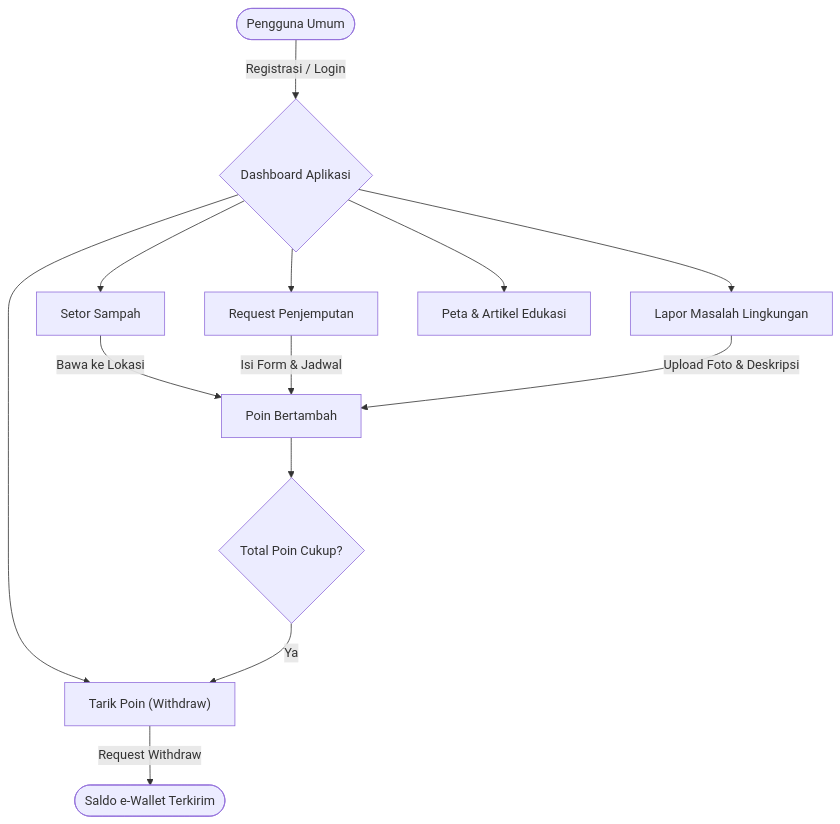
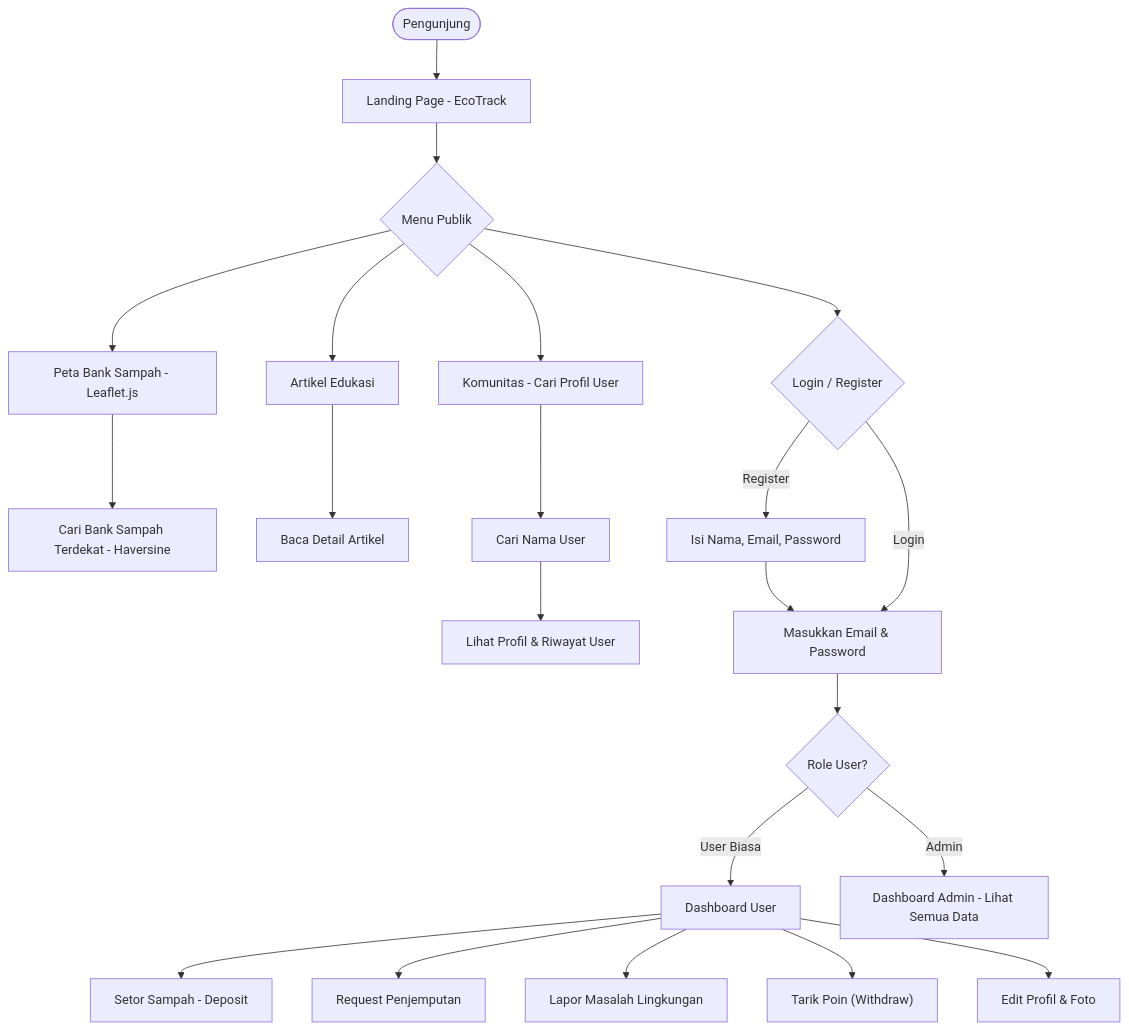
Before and after one commit to cimengabu/webPjbl: the first of 3 diagrams in README.md, drawn with Mermaid. The commit also changed other lines of this file, not shown here.

Commit message:
docs: complete rewrite flowchart with 3 detailed diagrams matching actual app

````diff
--- a/README.md
+++ b/README.md
@@ -44,19 +46,28 @@
 ```mermaid
 flowchart TD
-    A([Pengguna Umum]) -->|Registrasi / Login| B{Dashboard Aplikasi}
-    
-    B --> C[Setor Sampah]
-    B --> D[Request Penjemputan]
-    B --> E[Lapor Masalah Lingkungan]
-    B --> F["Tarik Poin (Withdraw)"]
-    B --> G[Peta & Artikel Edukasi]
-    
-    C -->|Bawa ke Lokasi| K[Poin Bertambah]
-    D -->|Isi Form & Jadwal| K
-    E -->|Upload Foto & Deskripsi| K
-    
-    K --> L{Total Poin Cukup?}
-    
-    L -->|Ya| F
-    F -->|Request Withdraw| N([Saldo e-Wallet Terkirim])
+    START([Pengunjung]) --> LANDING[Landing Page - EcoTrack]
+    LANDING --> PUBLIC_MENU{Menu Publik}
+    PUBLIC_MENU --> PETA[Peta Bank Sampah - Leaflet.js]
+    PUBLIC_MENU --> ARTIKEL_LIST[Artikel Edukasi]
+    PUBLIC_MENU --> KOMUNITAS[Komunitas - Cari Profil User]
+    PUBLIC_MENU --> AUTH{Login / Register}
+
+    PETA --> NEARBY[Cari Bank Sampah Terdekat - Haversine]
+    ARTIKEL_LIST --> ARTIKEL_DETAIL[Baca Detail Artikel]
+    KOMUNITAS --> SEARCH[Cari Nama User]
+    SEARCH --> PROFIL_USER[Lihat Profil & Riwayat User]
+
+    AUTH -->|Register| REG[Isi Nama, Email, Password]
+    REG --> LOGIN
+    AUTH -->|Login| LOGIN[Masukkan Email & Password]
+    LOGIN --> IS_ADMIN{Role User?}
+
+    IS_ADMIN -->|User Biasa| DASHBOARD[Dashboard User]
+    IS_ADMIN -->|Admin| DASHBOARD_ADMIN[Dashboard Admin - Lihat Semua Data]
+
+    DASHBOARD --> D_DEPOSIT[Setor Sampah - Deposit]
+    DASHBOARD --> D_PICKUP[Request Penjemputan]
+    DASHBOARD --> D_REPORT[Lapor Masalah Lingkungan]
+    DASHBOARD --> D_WITHDRAW["Tarik Poin (Withdraw)"]
+    DASHBOARD --> D_PROFILE[Edit Profil & Foto]
 ```
````
